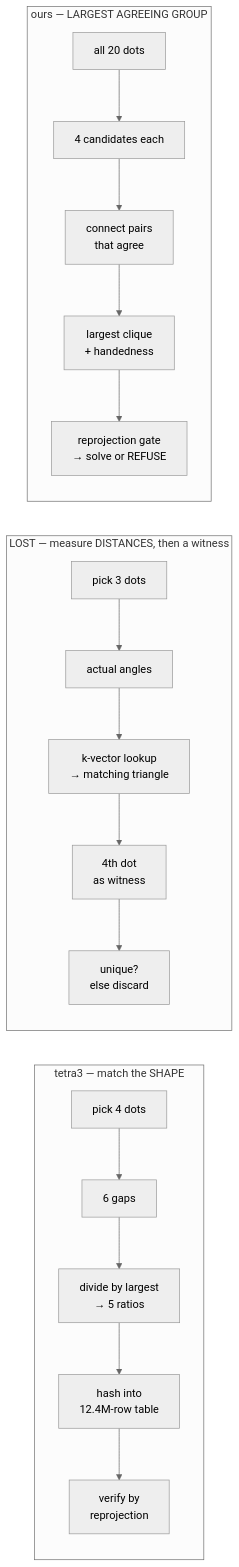
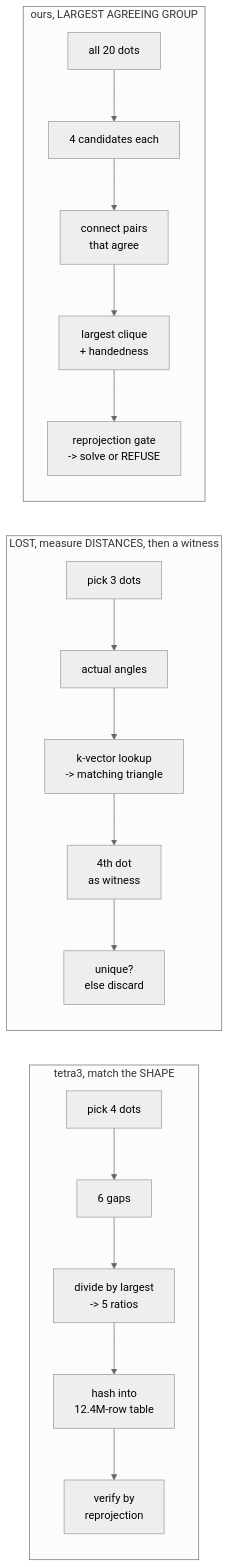
Before and after one commit to Dee-1862/star_tracker_v1: the second of 2 diagrams in README.md, drawn with Mermaid (neutral theme). The commit also changed other lines of this file and 21 other files, not shown here.

````diff
--- a/README.md
+++ b/README.md
@@ -130,12 +212,12 @@
 ```mermaid
 flowchart LR
-    subgraph T["tetra3 — match the SHAPE"]
-        T1["pick 4 dots"] --> T2["6 gaps"] --> T3["divide by largest<br/>→ 5 ratios"] --> T4["hash into<br/>12.4M-row table"] --> T5["verify by<br/>reprojection"]
+    subgraph T["tetra3, match the SHAPE"]
+        T1["pick 4 dots"] --> T2["6 gaps"] --> T3["divide by largest<br/>-> 5 ratios"] --> T4["hash into<br/>12.4M-row table"] --> T5["verify by<br/>reprojection"]
     end
-    subgraph L["LOST — measure DISTANCES, then a witness"]
-        L1["pick 3 dots"] --> L2["actual angles"] --> L3["k-vector lookup<br/>→ matching triangle"] --> L4["4th dot<br/>as witness"] --> L5["unique?<br/>else discard"]
+    subgraph L["LOST, measure DISTANCES, then a witness"]
+        L1["pick 3 dots"] --> L2["actual angles"] --> L3["k-vector lookup<br/>-> matching triangle"] --> L4["4th dot<br/>as witness"] --> L5["unique?<br/>else discard"]
     end
-    subgraph O["ours — LARGEST AGREEING GROUP"]
-        O1["all 20 dots"] --> O2["4 candidates each"] --> O3["connect pairs<br/>that agree"] --> O4["largest clique<br/>+ handedness"] --> O5["reprojection gate<br/>→ solve or REFUSE"]
+    subgraph O["ours, LARGEST AGREEING GROUP"]
+        O1["all 20 dots"] --> O2["4 candidates each"] --> O3["connect pairs<br/>that agree"] --> O4["largest clique<br/>+ handedness"] --> O5["reprojection gate<br/>-> solve or REFUSE"]
     end
 ```
````
